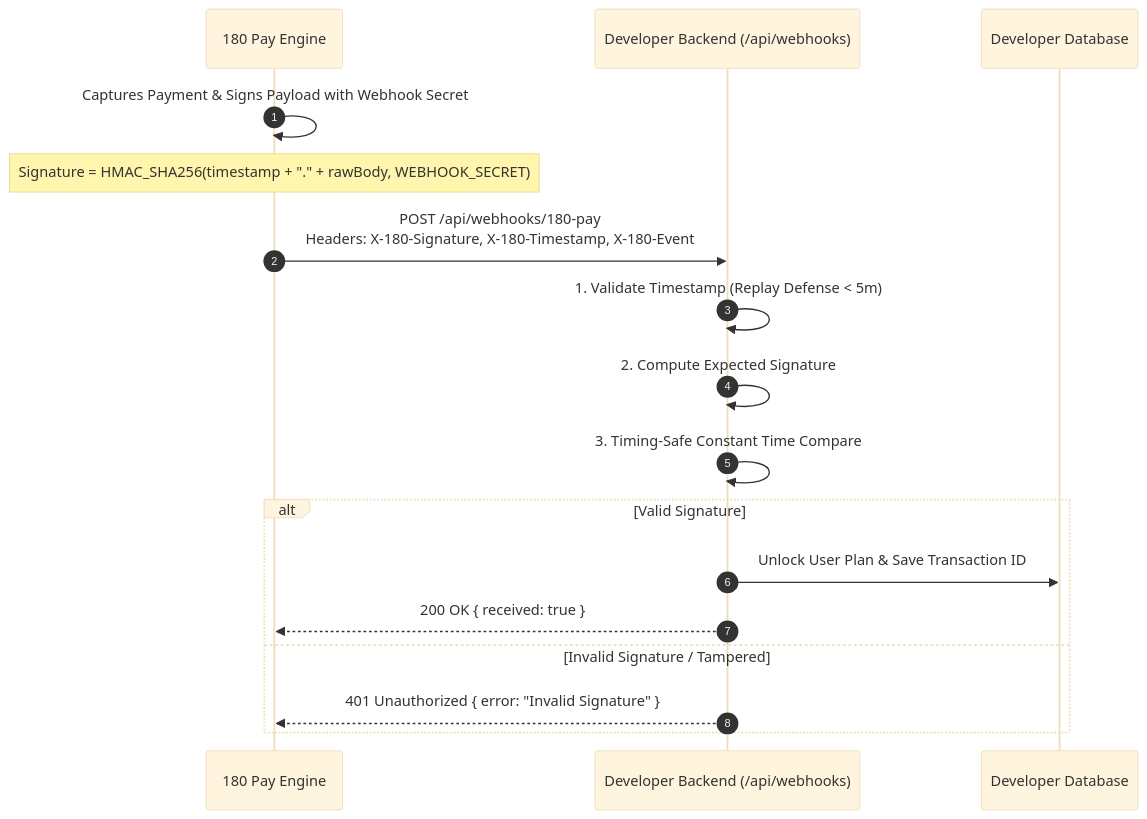
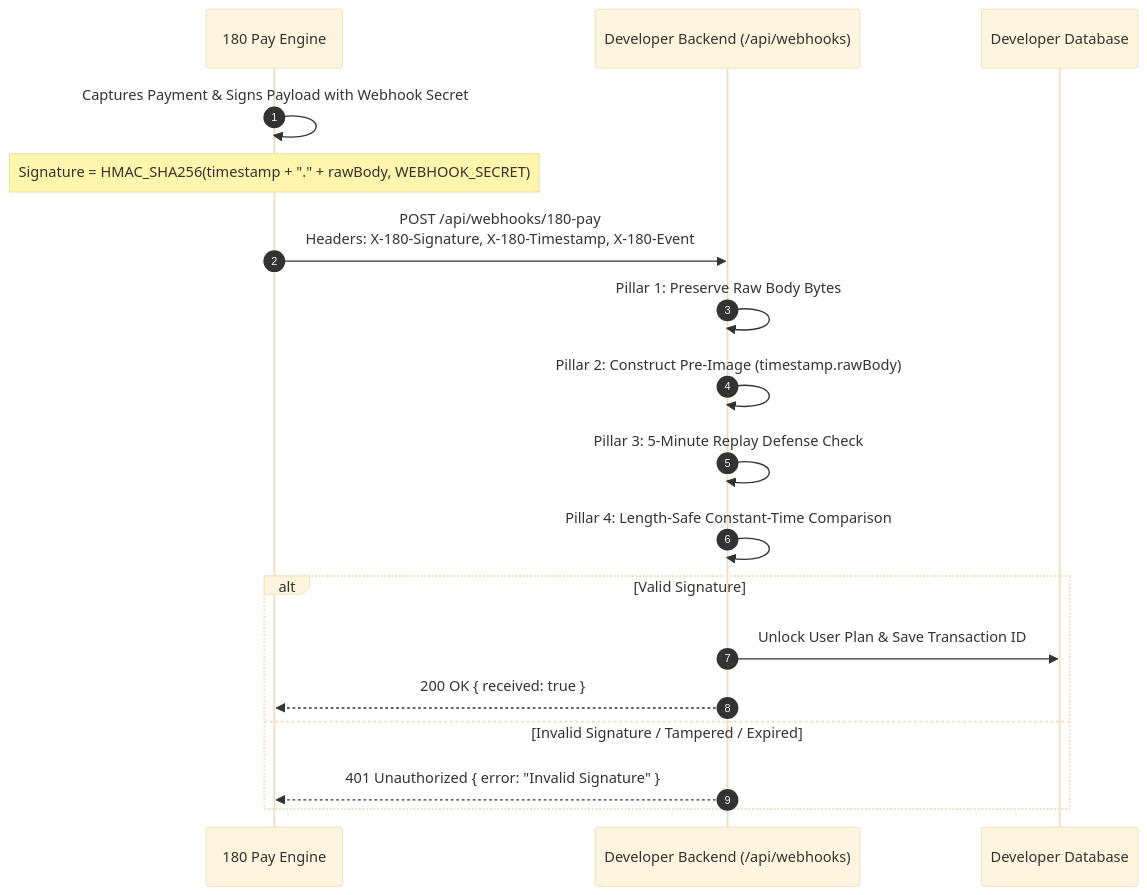
The diagram in apps/docs/docs/products/180-core/180-pay/07-webhook-integration.md (simplicion/180Public-Sites), drawn with Mermaid (base theme) before and after one commit. The commit also changed other lines of this file and 12 other files, not shown here.

````diff
--- a/apps/docs/docs/products/180-core/180-pay/07-webhook-integration.md
+++ b/apps/docs/docs/products/180-core/180-pay/07-webhook-integration.md
@@ -15,20 +15,21 @@
 ```mermaid
 sequenceDiagram
     autonumber
     participant Vault as 180 Pay Engine
     participant DevBackend as Developer Backend (/api/webhooks)
     participant DB as Developer Database
 
     Vault->>Vault: Captures Payment & Signs Payload with Webhook Secret
     Note over Vault: Signature = HMAC_SHA256(timestamp + "." + rawBody, WEBHOOK_SECRET)
     Vault->>DevBackend: POST /api/webhooks/180-pay<br/>Headers: X-180-Signature, X-180-Timestamp, X-180-Event
-    DevBackend->>DevBackend: 1. Validate Timestamp (Replay Defense < 5m)
-    DevBackend->>DevBackend: 2. Compute Expected Signature
-    DevBackend->>DevBackend: 3. Timing-Safe Constant Time Compare
+    DevBackend->>DevBackend: Pillar 1: Preserve Raw Body Bytes
+    DevBackend->>DevBackend: Pillar 2: Construct Pre-Image (timestamp.rawBody)
+    DevBackend->>DevBackend: Pillar 3: 5-Minute Replay Defense Check
+    DevBackend->>DevBackend: Pillar 4: Length-Safe Constant-Time Comparison
     alt Valid Signature
         DevBackend->>DB: Unlock User Plan & Save Transaction ID
         DevBackend-->>Vault: 200 OK { received: true }
-    else Invalid Signature / Tampered
+    else Invalid Signature / Tampered / Expired
         DevBackend-->>Vault: 401 Unauthorized { error: "Invalid Signature" }
     end
 ```
````
